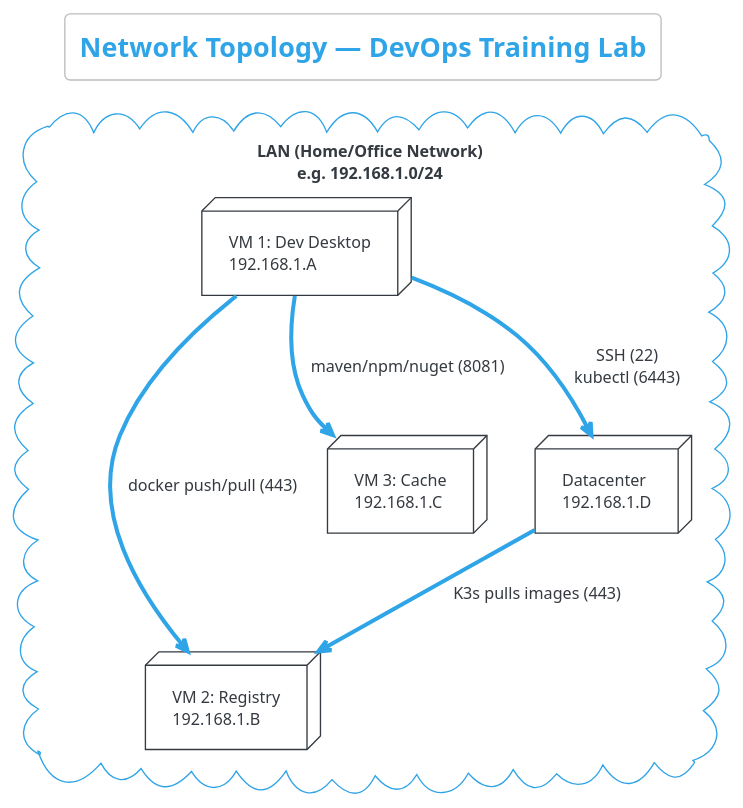
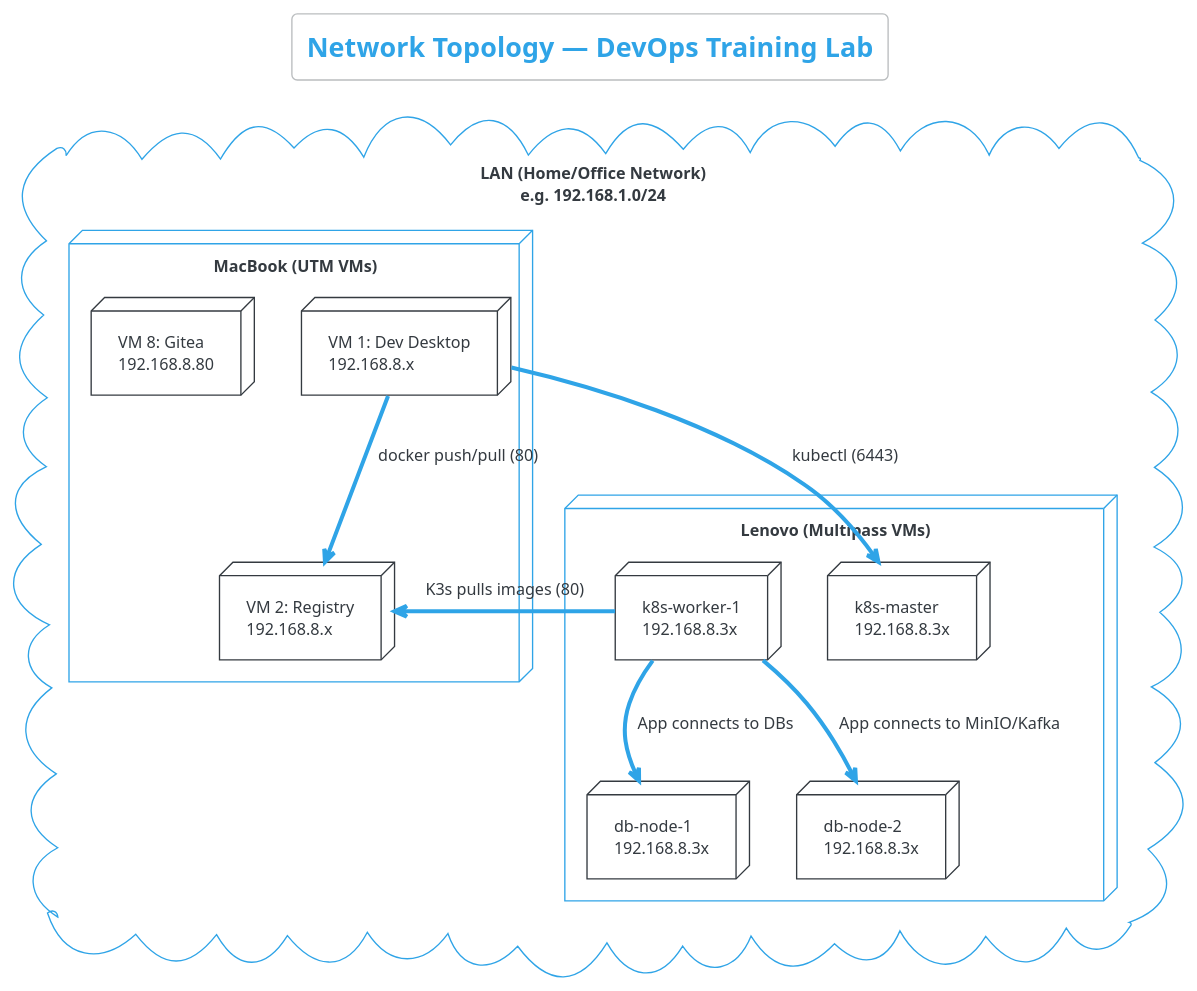
One commit to OnesDevOps/devops-training-lab changed the diagram in docs/network-and-communication.md. Above: the diagram before and after it, drawn with PlantUML. The commit also changed other lines of this file and 26 other files, not shown here.

````diff
--- a/docs/network-and-communication.md
+++ b/docs/network-and-communication.md
@@ -9,20 +9,29 @@
 ```plantuml
 @startuml network_topology
 !theme cerulean-outline
 
 title Network Topology — DevOps Training Lab
 
 cloud "LAN (Home/Office Network)\ne.g. 192.168.1.0/24" as lan {
-    node "VM 1: Dev Desktop\n192.168.1.A" as vm1
-    node "VM 2: Registry\n192.168.1.B" as vm2
-    node "VM 3: Cache\n192.168.1.C" as vm3
-    node "Datacenter\n192.168.1.D" as dc
+    node "MacBook (UTM VMs)" {
+        node "VM 1: Dev Desktop\n192.168.8.x" as vm1
+        node "VM 2: Registry\n192.168.8.x" as vm2
+        node "VM 8: Gitea\n192.168.8.80" as vm8
+    }
+    
+    node "Lenovo (Multipass VMs)" {
+        node "k8s-master\n192.168.8.3x" as k8sm
+        node "k8s-worker-1\n192.168.8.3x" as k8sw
+        node "db-node-1\n192.168.8.3x" as db1
+        node "db-node-2\n192.168.8.3x" as db2
+    }
 }
 
-vm1 --> dc : SSH (22)\nkubectl (6443)
-vm1 --> vm2 : docker push/pull (443)
-vm1 --> vm3 : maven/npm/nuget (8081)
-dc --> vm2 : K3s pulls images (443)
+vm1 --> k8sm : kubectl (6443)
+vm1 --> vm2 : docker push/pull (80)
+k8sw --> vm2 : K3s pulls images (80)
+k8sw --> db1 : App connects to DBs
+k8sw --> db2 : App connects to MinIO/Kafka
 
 @enduml
 ```
````
